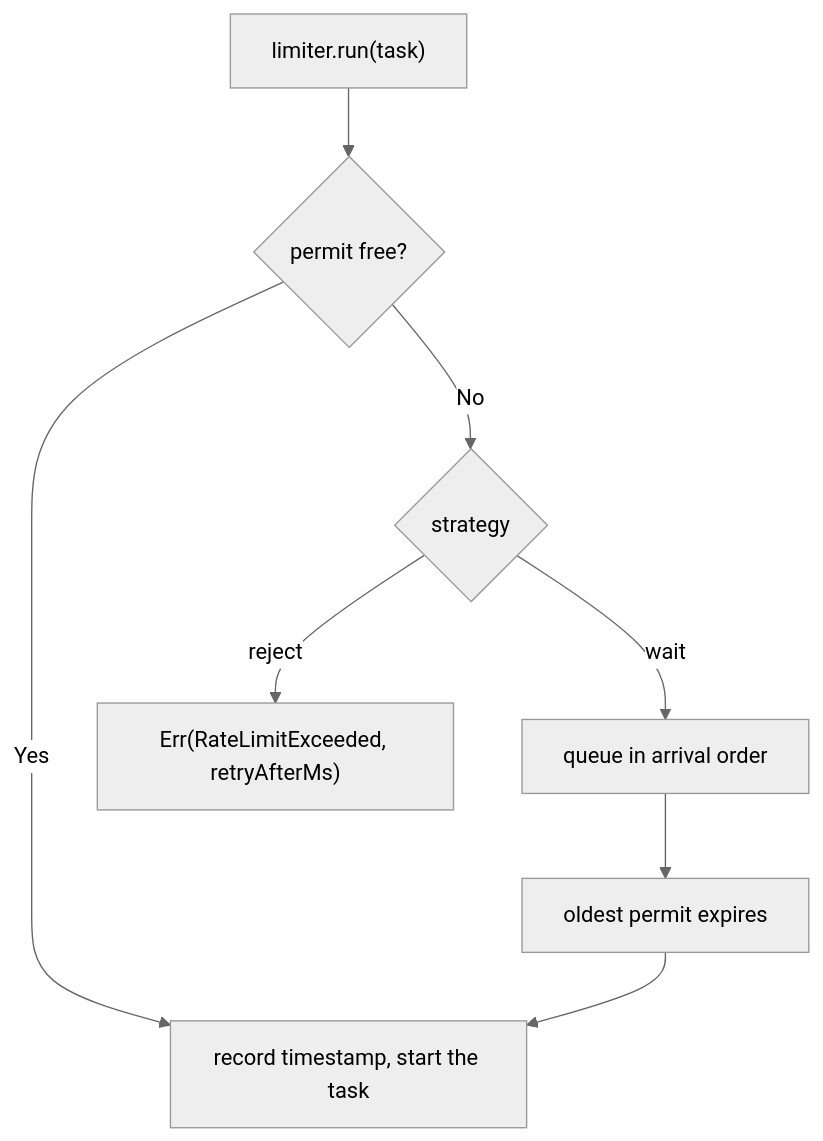
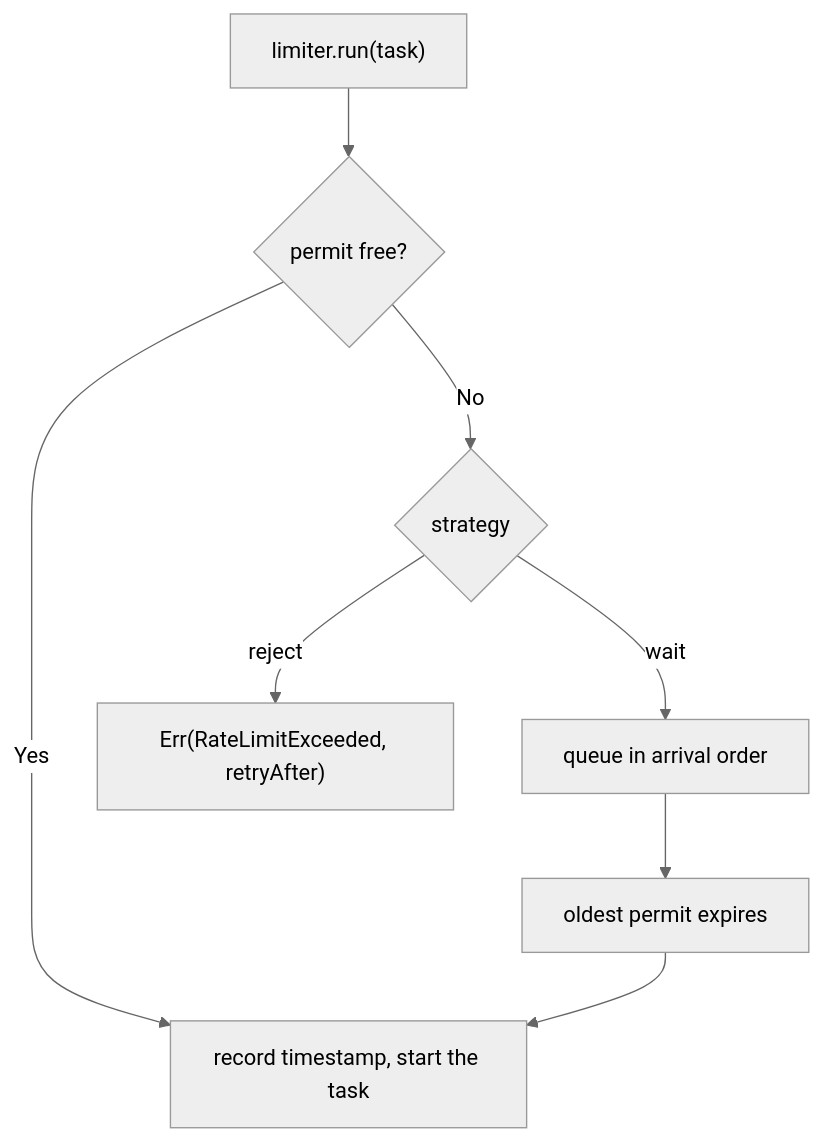
One commit to pplnd/core changed the diagram in docs/src/content/docs/guides/rate-limiter.md. Above: the diagram before and after it, drawn with Mermaid (neutral theme). The commit also changed other lines of this file and 16 other files, not shown here.

````diff
--- a/docs/src/content/docs/guides/rate-limiter.md
+++ b/docs/src/content/docs/guides/rate-limiter.md
@@ -37,9 +37,9 @@
 ```mermaid
 flowchart TD
   Call["limiter.run(task)"] --> Free{"permit free?"}
   Free -->|Yes| Start["record timestamp, start the task"]
   Free -->|No| Mode{"strategy"}
   Mode -->|wait| Queue["queue in arrival order"]
   Queue --> Expire["oldest permit expires"] --> Start
-  Mode -->|reject| Err["Err(RateLimitExceeded, retryAfterMs)"]
+  Mode -->|reject| Err["Err(RateLimitExceeded, retryAfter)"]
 ```
````
